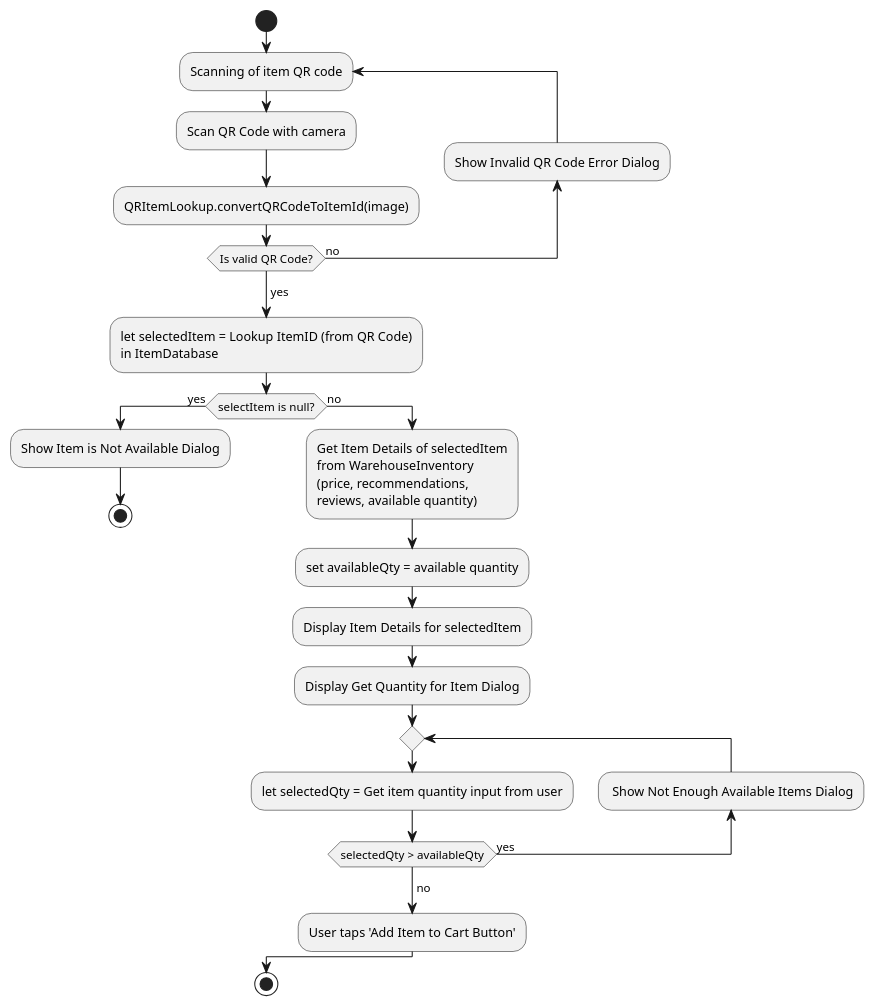
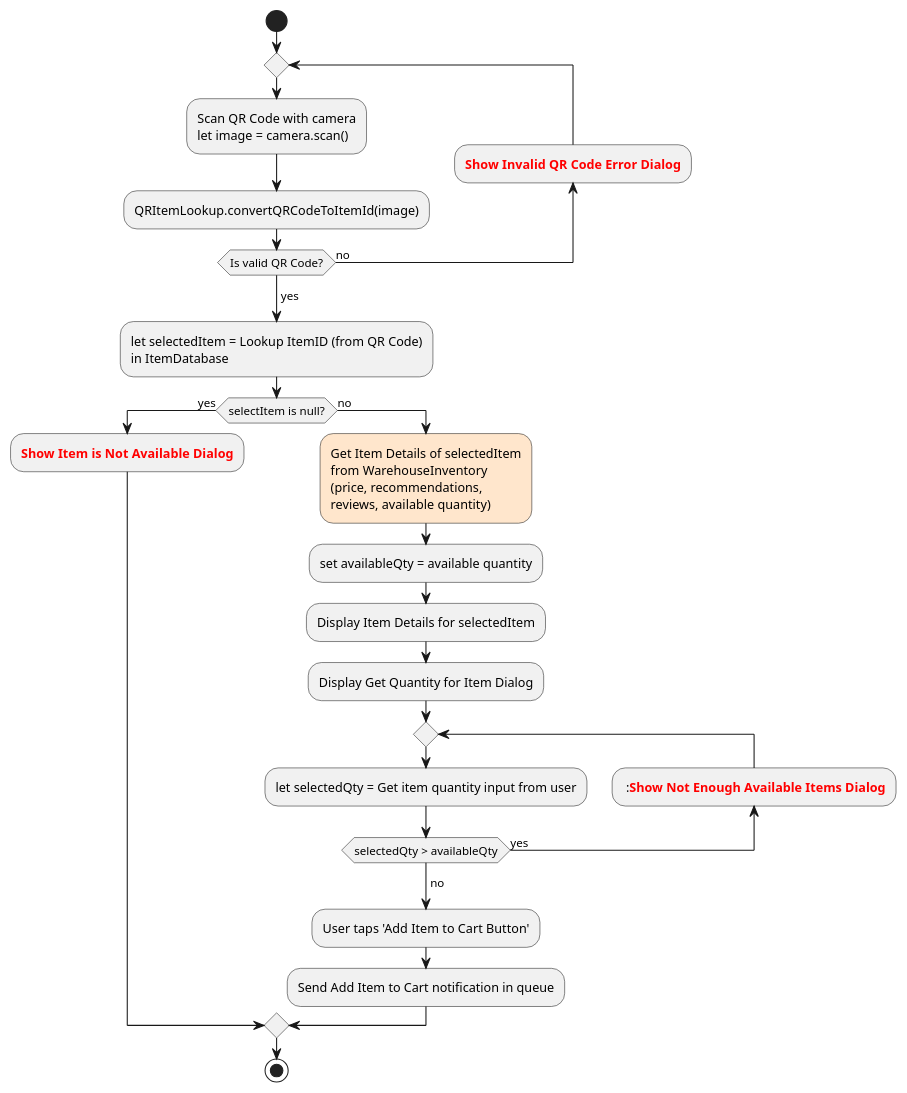
Before and after one commit to dalegaspi/bu-ms-s7-tp: the diagram in doc/activity/scan-item.puml, drawn with PlantUML. The commit also changed 1 other file, not shown here.

```diff
--- a/doc/activity/scan-item.puml
+++ b/doc/activity/scan-item.puml
@@ -1,34 +1,35 @@
 @startuml
 start
-
-    repeat :Scanning of item QR code;
-        :Scan QR Code with camera;
+    repeat
+        :Scan QR Code with camera
+        let image = camera.scan();
         :QRItemLookup.convertQRCodeToItemId(image);
-    backward:Show Invalid QR Code Error Dialog;
+    backward :<color:#red>**Show Invalid QR Code Error Dialog**;
 
     repeat while (Is valid QR Code?) is (no)
         
     ->yes;
     :let selectedItem = Lookup ItemID (from QR Code)
     in ItemDatabase;
     if (selectItem is null?) then (yes)
-        :Show Item is Not Available Dialog;
-        stop
+        :<color:#red>**Show Item is Not Available Dialog**;
+        
     else (no)
-        :Get Item Details of selectedItem 
+        #FFE6CC:Get Item Details of selectedItem 
         from WarehouseInventory
         (price, recommendations,  
         reviews, available quantity);
         :set availableQty = available quantity;
 
         :Display Item Details for selectedItem;
         :Display Get Quantity for Item Dialog;
         repeat
         :let selectedQty = Get item quantity input from user;
-        backward: Show Not Enough Available Items Dialog;
+        backward: :<color:#red>**Show Not Enough Available Items Dialog**;
         repeat while (selectedQty > availableQty) is (yes)
         ->no;
         :User taps 'Add Item to Cart Button';
+        :Send Add Item to Cart notification in queue;
     endif
-stop
+    stop
 @enduml
```
